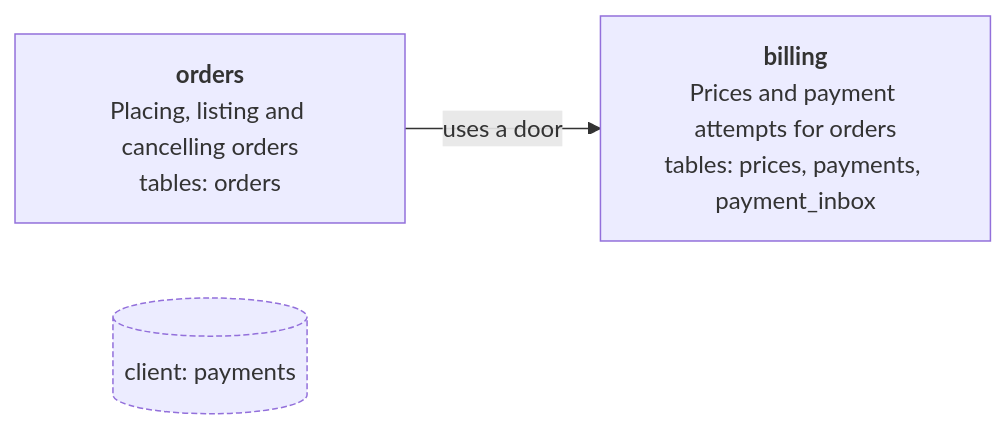
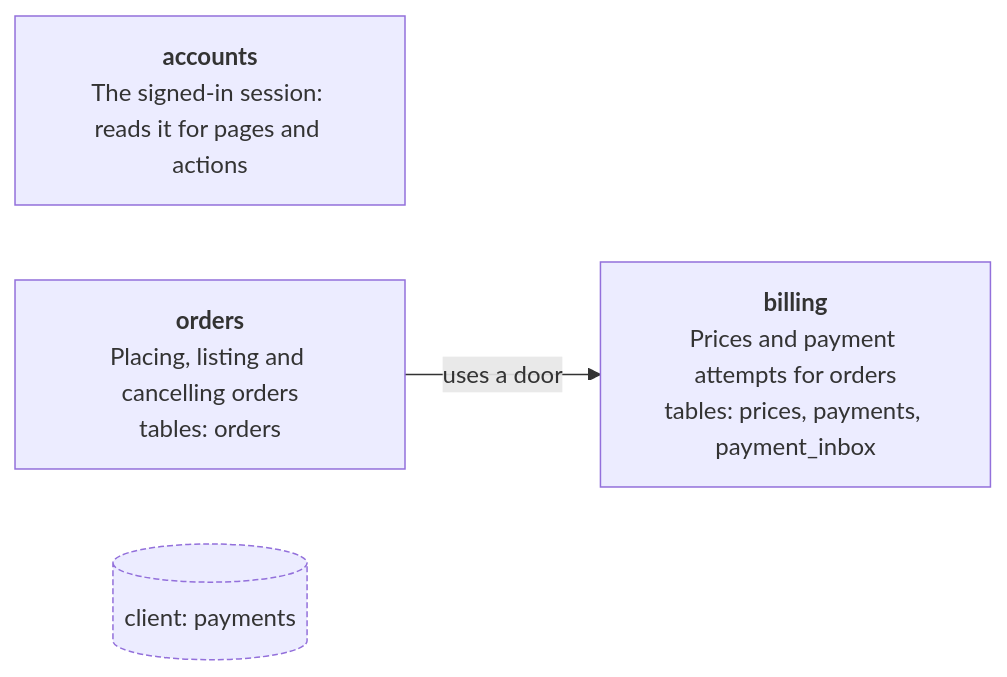
The diagram in nextjs/template/docs/architecture.md (cdudek/blueprints), drawn with Mermaid before and after one commit. The commit also changed 27 other files, not shown here.

First line of the commit message:
feat(nextjs): shared-no-clients, shared-no-io; the session moves to modules/accounts

````diff
--- a/nextjs/template/docs/architecture.md
+++ b/nextjs/template/docs/architecture.md
@@ -11,8 +11,9 @@
 ```mermaid
 flowchart LR
+  accounts["<b>accounts</b><br/>The signed-in session: reads it for pages and actions"]
   orders["<b>orders</b><br/>Placing, listing and cancelling orders<br/>tables: orders"]
   billing["<b>billing</b><br/>Prices and payment attempts for orders<br/>tables: prices, payments, payment_inbox"]
   orders -->|uses a door| billing
   client_payments[("client: payments")]:::port
   classDef port stroke-dasharray: 4 2
 ```
````
